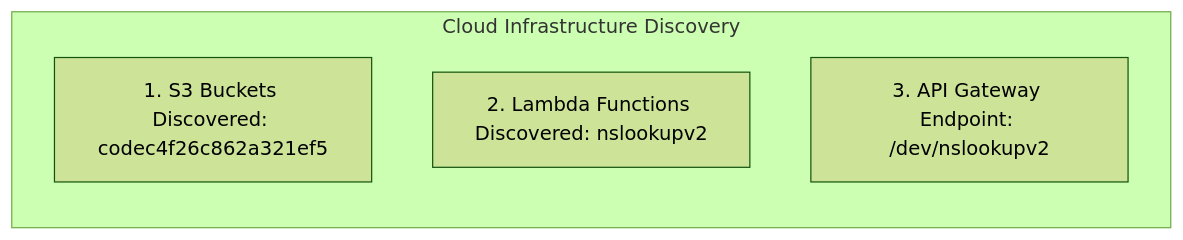
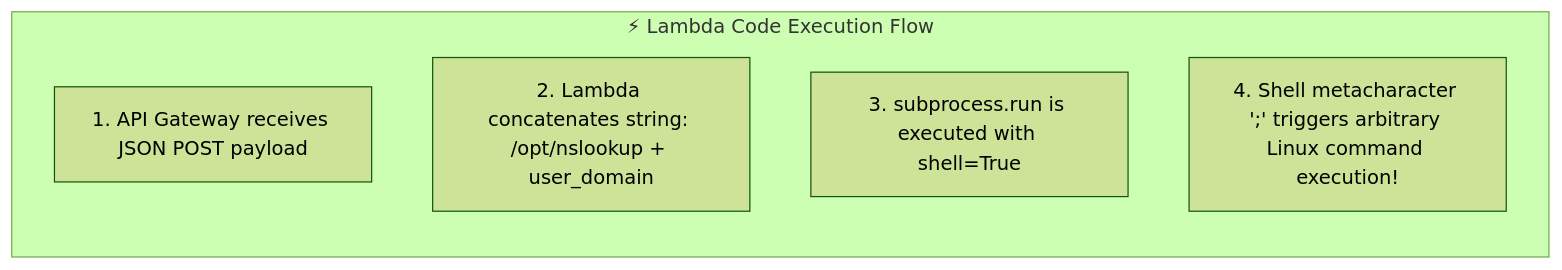
Before and after one commit to FREECANDY-DEV/MAFAT-2026: the second of 2 diagrams in cloud-escape/Stage_1_Have_Some_Faith.md, drawn with Mermaid (forest theme). The commit also changed other lines of this file, not shown here.

Commit message:
Update Stage 1 writeup with ultra-detailed OIDC analysis, GitHub Actions YAML, command injection, and Route 53 DNS tunneling breakdown

````diff
--- a/cloud-escape/Stage_1_Have_Some_Faith.md
+++ b/cloud-escape/Stage_1_Have_Some_Faith.md
@@ -142,9 +226,10 @@
 ```mermaid
 flowchart LR
-    subgraph Enumeration ["Cloud Infrastructure Discovery"]
+    subgraph Lambda_Execution ["⚡ Lambda Code Execution Flow"]
         direction TB
-        E1["1. S3 Buckets Discovered: codec4f26c862a321ef5"]
-        E2["2. Lambda Functions Discovered: nslookupv2"]
-        E3["3. API Gateway Endpoint: /dev/nslookupv2"]
+        I1["1. API Gateway receives JSON POST payload"]
+        I2["2. Lambda concatenates string: /opt/nslookup + user_domain"]
+        I3["3. subprocess.run is executed with shell=True"]
+        I4["4. Shell metacharacter ';' triggers arbitrary Linux command execution!"]
     end
 ```
````
